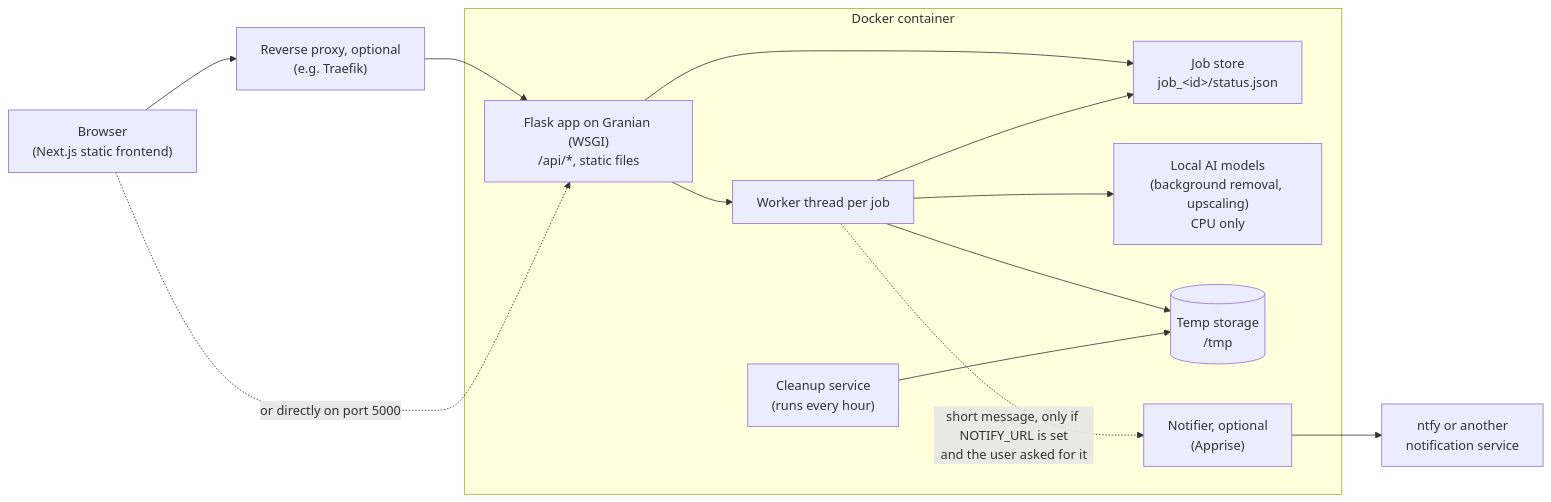
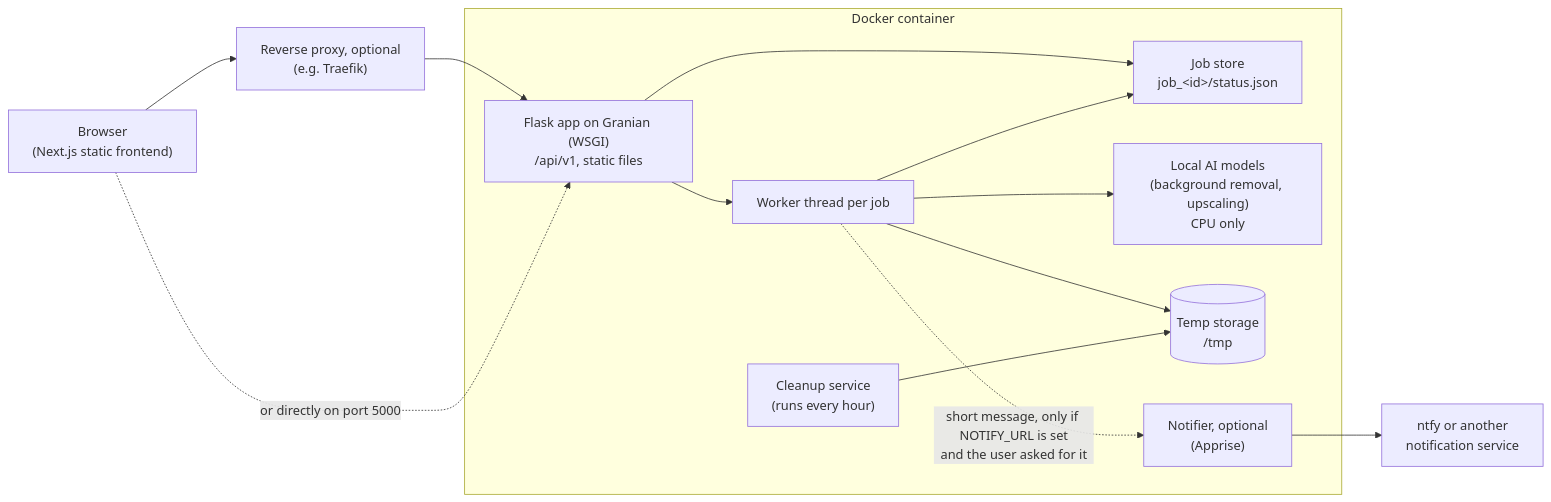
One commit to karimz1/imgcompress changed the first of 3 diagrams in docs/architecture.md. Above: the diagram before and after it, drawn with Mermaid. The commit also changed other lines of this file and 7 other files, not shown here.

````diff
--- a/docs/architecture.md
+++ b/docs/architecture.md
@@ -7,25 +7,25 @@
 ```mermaid
 flowchart LR
     B["Browser<br/>(Next.js static frontend)"]
     P["Reverse proxy, optional<br/>(e.g. Traefik)"]
     subgraph C["Docker container"]
-        W["Flask app on Granian (WSGI)<br/>/api/*, static files"]
+        W["Flask app on Granian (WSGI)<br/>/api/v1, static files"]
         J["Job store<br/>job_&lt;id&gt;/status.json"]
         T["Worker thread per job"]
         M["Local AI models<br/>(background removal, upscaling)<br/>CPU only"]
         S[("Temp storage<br/>/tmp")]
         CL["Cleanup service<br/>(runs every hour)"]
         N["Notifier, optional<br/>(Apprise)"]
     end
     NT["ntfy or another<br/>notification service"]
 
     B --> P --> W
     B -. "or directly on port 5000" .-> W
     W --> J
     W --> T
     T --> M
     T --> S
     T --> J
     CL --> S
     T -. "short message, only if NOTIFY_URL is set<br/>and the user asked for it" .-> N --> NT
 ```
````
